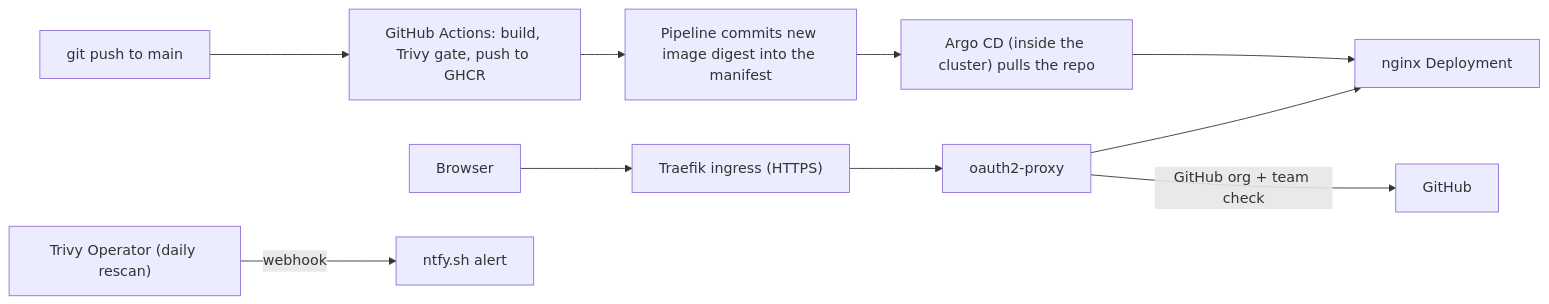
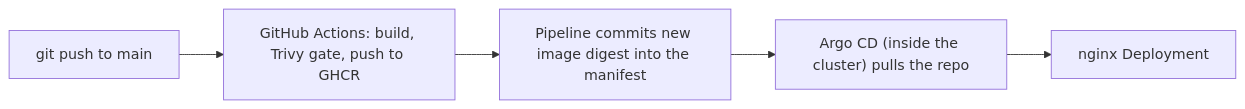
One commit to xtemplate24/cooltakehomechalenge changed the diagram in README.md. Above: the diagram before and after it, drawn with Mermaid. The commit also changed other lines of this file, not shown here.

````diff
--- a/README.md
+++ b/README.md
@@ -9,12 +6,7 @@
 ```mermaid
 flowchart LR
   dev["git push to main"] --> gha["GitHub Actions: build, Trivy gate, push to GHCR"]
   gha --> commit["Pipeline commits new image digest into the manifest"]
   commit --> argo["Argo CD (inside the cluster) pulls the repo"]
   argo --> app["nginx Deployment"]
-  user["Browser"] --> traefik["Traefik ingress (HTTPS)"]
-  traefik --> proxy["oauth2-proxy"]
-  proxy -->|"GitHub org + team check"| gh["GitHub"]
-  proxy --> app
-  trivy["Trivy Operator (daily rescan)"] -->|"webhook"| ntfy["ntfy.sh alert"]
 ```
````
